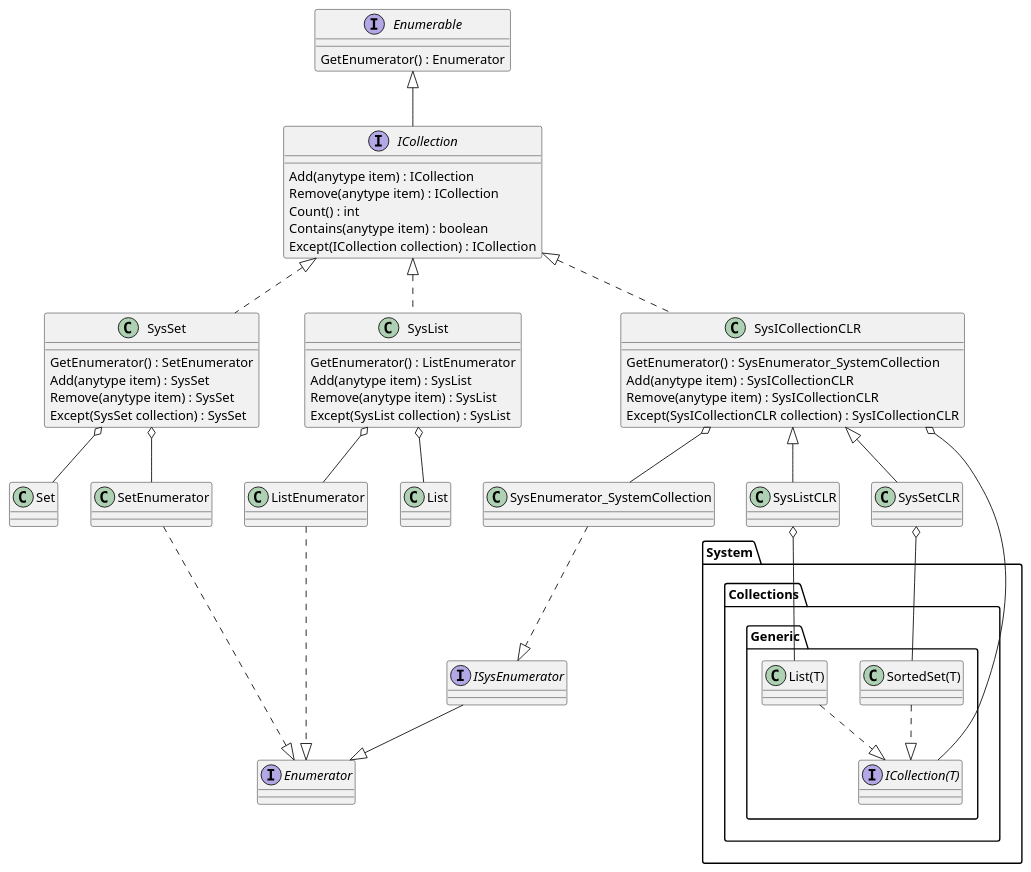
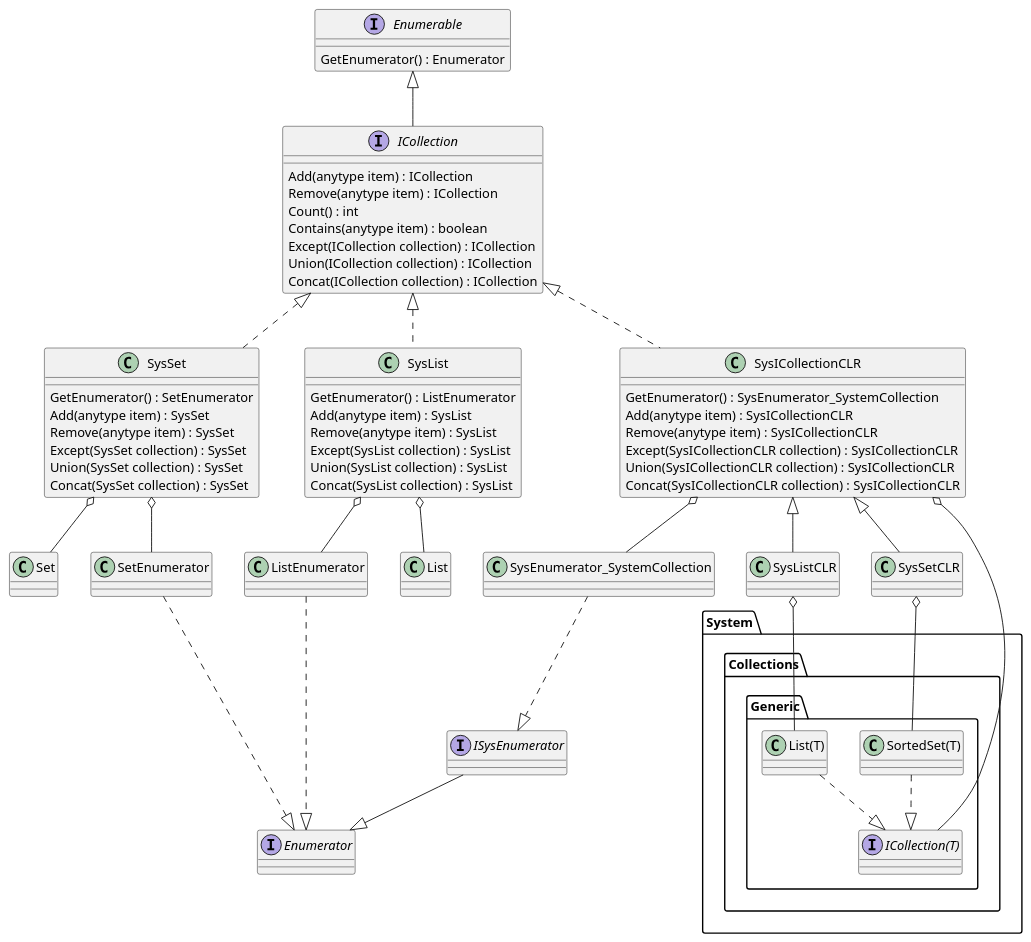
Before and after one commit to d-tolstov/Ax2009-ICollection: the diagram in schema.puml, drawn with PlantUML. The commit also changed 2 other files, not shown here.

Commit message:
Add Union ,Concat

```diff
--- a/schema.puml
+++ b/schema.puml
@@ -1,88 +1,96 @@
 @startuml "ICollection"
 
 interface Enumerable{
     GetEnumerator() : Enumerator
 }
 
 interface ICollection{
     Add(anytype item) : ICollection
     Remove(anytype item) : ICollection
     Count() : int
     Contains(anytype item) : boolean
     Except(ICollection collection) : ICollection
+    Union(ICollection collection) : ICollection
+    Concat(ICollection collection) : ICollection
 }
 Enumerable <|-- ICollection
 
 class SysSet{
     GetEnumerator() : SetEnumerator
     Add(anytype item) : SysSet
     Remove(anytype item) : SysSet
     Except(SysSet collection) : SysSet
+    Union(SysSet collection) : SysSet
+    Concat(SysSet collection) : SysSet
 }
 ICollection <|.. SysSet
 
 class Set{
 }
 SysSet o-- Set
 
 class SetEnumerator{
 }
 SysSet o-- SetEnumerator
 
 class SysList{
     GetEnumerator() : ListEnumerator
     Add(anytype item) : SysList
     Remove(anytype item) : SysList
     Except(SysList collection) : SysList
+    Union(SysList collection) : SysList
+    Concat(SysList collection) : SysList
 }
 ICollection <|.. SysList
 
 class ListEnumerator{
 }
 SysList o-- ListEnumerator
 
 class List{
 }
 SysList o-- List
 
 interface Enumerator{
 }
 SetEnumerator ..|> Enumerator
 ListEnumerator ..|> Enumerator
 
 class SysICollectionCLR{
     GetEnumerator() : SysEnumerator_SystemCollection
     Add(anytype item) : SysICollectionCLR
     Remove(anytype item) : SysICollectionCLR
     Except(SysICollectionCLR collection) : SysICollectionCLR
+    Union(SysICollectionCLR collection) : SysICollectionCLR
+    Concat(SysICollectionCLR collection) : SysICollectionCLR
 }
 ICollection <|.. SysICollectionCLR
 
 class SysListCLR{
 }
 SysICollectionCLR <|-- SysListCLR
 
 class SysSetCLR{
 }
 SysICollectionCLR <|-- SysSetCLR
 
 class SysEnumerator_SystemCollection{
 }
 SysICollectionCLR o-- SysEnumerator_SystemCollection
 
 interface ISysEnumerator{
 }
 SysEnumerator_SystemCollection ..|> ISysEnumerator
 ISysEnumerator --|> Enumerator
 
 package System.Collections.Generic{
     interface ICollection(T){
     }
     SysICollectionCLR o-- "ICollection(T)"
     SysListCLR o-- "List(T)"
     "List(T)" ..|> "ICollection(T)"
     SysSetCLR o-- "SortedSet(T)"
     "SortedSet(T)" ..|> "ICollection(T)"
 }
 
 @enduml
```
